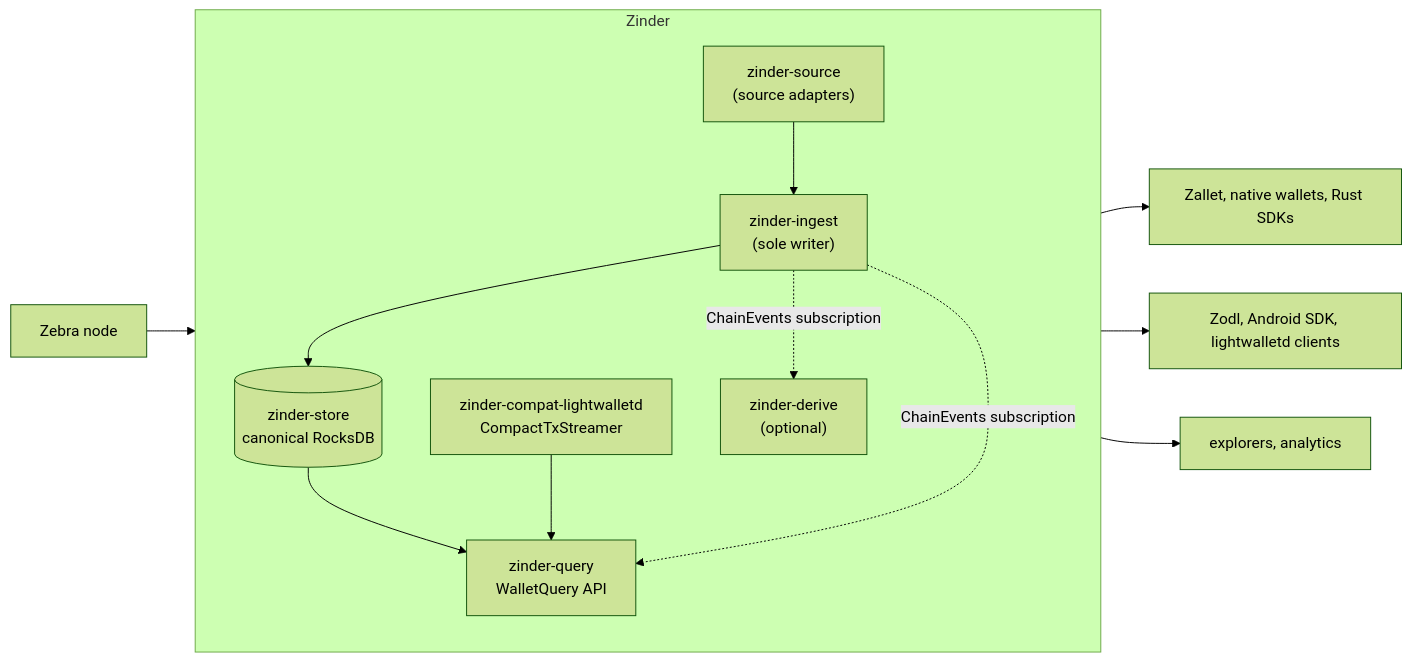
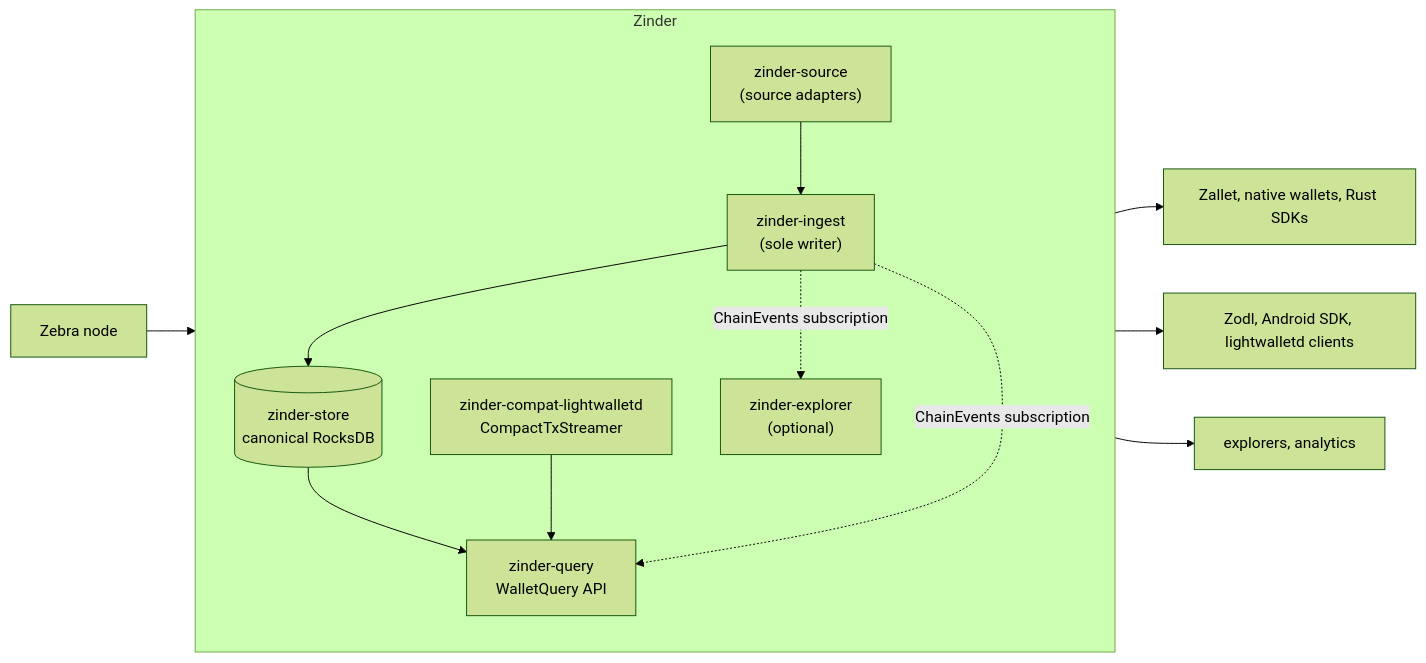
One commit to gustavovalverde/zinder changed the diagram in README.md. Above: the diagram before and after it, drawn with Mermaid (forest theme). The commit also changed other lines of this file and 61 other files, not shown here.

````diff
--- a/README.md
+++ b/README.md
@@ -45,26 +45,26 @@
 ```mermaid
 flowchart LR
     Zebra["Zebra node"]
 
     subgraph zinder["Zinder"]
         direction TB
         Source["zinder-source<br/>(source adapters)"]
         Ingest["zinder-ingest<br/>(sole writer)"]
         Store[("zinder-store<br/>canonical RocksDB")]
         Query["zinder-query<br/>WalletQuery API"]
         Compat["zinder-compat-lightwalletd<br/>CompactTxStreamer"]
-        Derive["zinder-derive<br/>(optional)"]
+        Explorer["zinder-explorer<br/>(optional)"]
 
         Source --> Ingest
         Ingest --> Store
         Store --> Query
         Compat --> Query
         Ingest -. "ChainEvents subscription" .-> Query
-        Ingest -. "ChainEvents subscription" .-> Derive
+        Ingest -. "ChainEvents subscription" .-> Explorer
     end
 
     Zebra --> Source
     Query --> NativeClients["Zallet, native wallets, Rust SDKs"]
     Compat --> LightwalletdClients["Zodl, Android SDK, lightwalletd clients"]
-    Derive --> Explorers["explorers, analytics"]
+    Explorer --> Explorers["explorers, analytics"]
 ```
````
